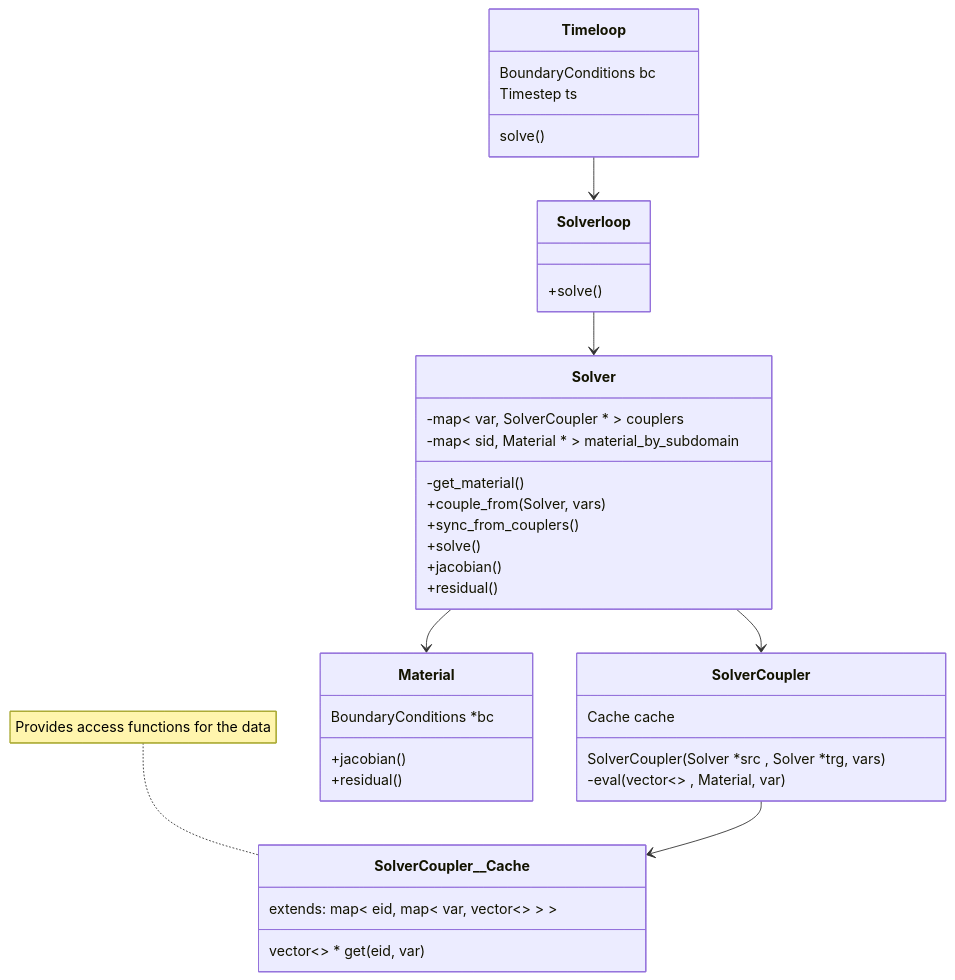
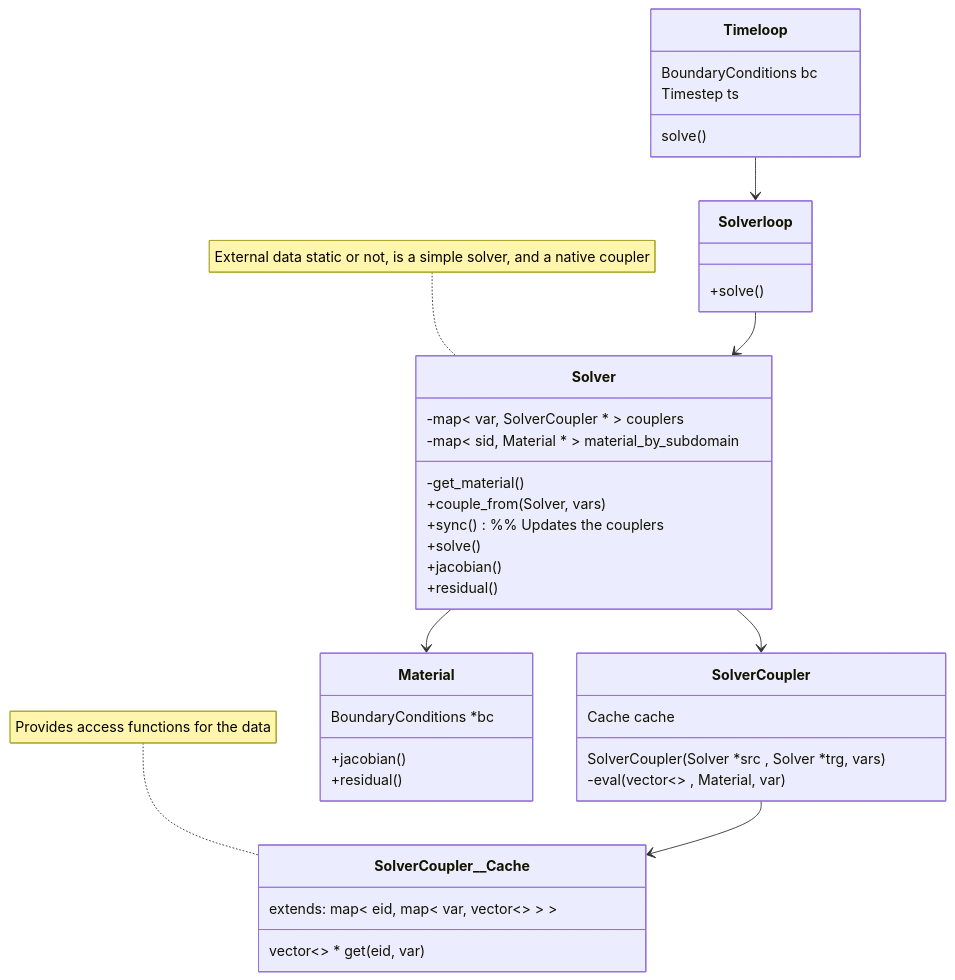
One commit to rebpoli/harpy changed the first of 2 diagrams in doc/Description.md. Above: the diagram before and after it, drawn with Mermaid.

````diff
--- a/doc/Description.md
+++ b/doc/Description.md
@@ -20,53 +20,54 @@
 ```mermaid
 %% Interfaces, abstract classes
 classDiagram
     class Timeloop { 
         BoundaryConditions bc
         Timestep ts
         solve()
     }
 
     %% The solver loop couples the solvers
     class Solverloop {
         +solve()
     }
 
     %% Does the calculations and hold the cached data needed to couple SRC->TRG
     %% Can be specialized for more complex data types (e.g. stress or velocities)
     class SolverCoupler__Cache {
         extends: map< eid, map< var, vector<> > >
         vector<> * get( eid, var )
     }
     note for SolverCoupler__Cache "Provides access functions for the data"
     class SolverCoupler {
         SolverCoupler( Solver *src , Solver *trg, vars )
         Cache cache
         -eval( vector<> , Material, var )
     }
     SolverCoupler --> SolverCoupler__Cache
 
     %% The solver keeps its own couplers
     class Solver {
         -map< var, SolverCoupler * > couplers
         -map< sid, Material * > material_by_subdomain
         -get_material()
         +couple_from(Solver, vars)
-        +sync_from_couplers()
+        +sync()  %% Updates the couplers
         +solve()
         +jacobian()
         +residual()
     }
     Solver--> SolverCoupler
+    note for Solver "External data static or not, is a simple solver, and a native coupler"
 
 
     class Material {
         BoundaryConditions *bc
         +jacobian()
         +residual()
     }
 
     Timeloop --> Solverloop
     Solverloop --> Solver
     Solver --> Material
 
 ```
````
